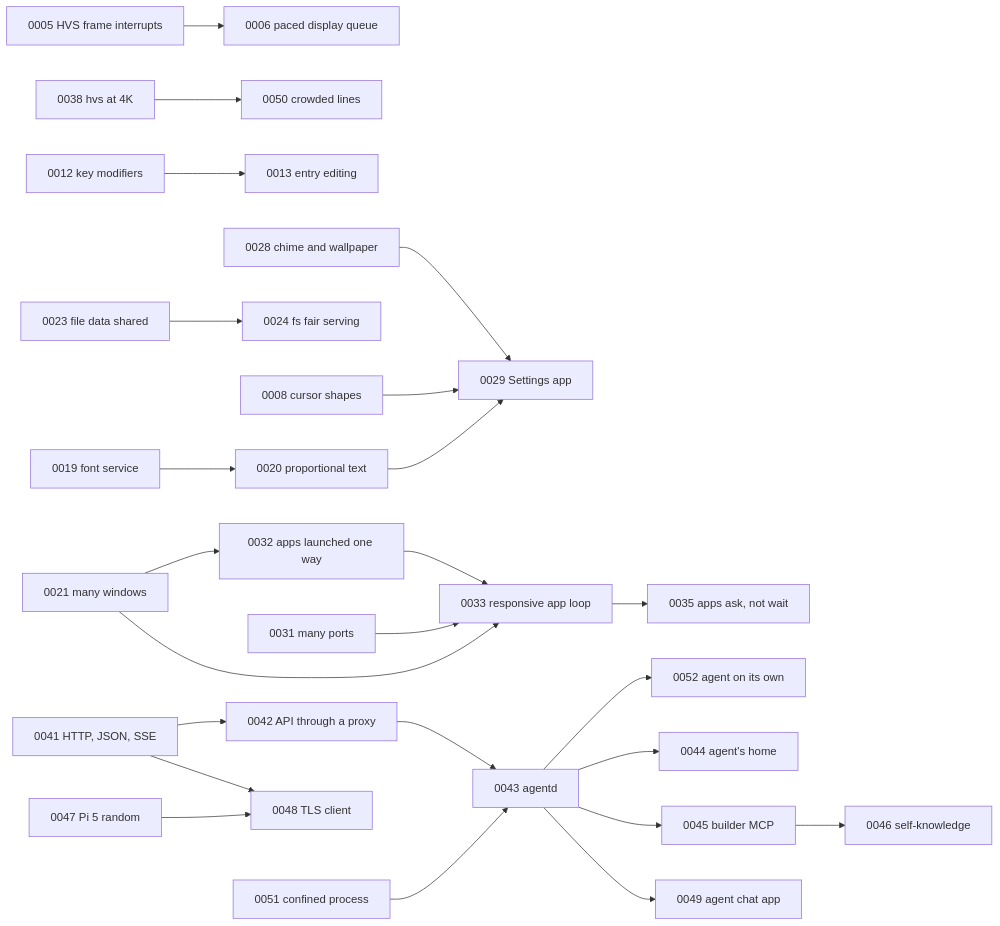
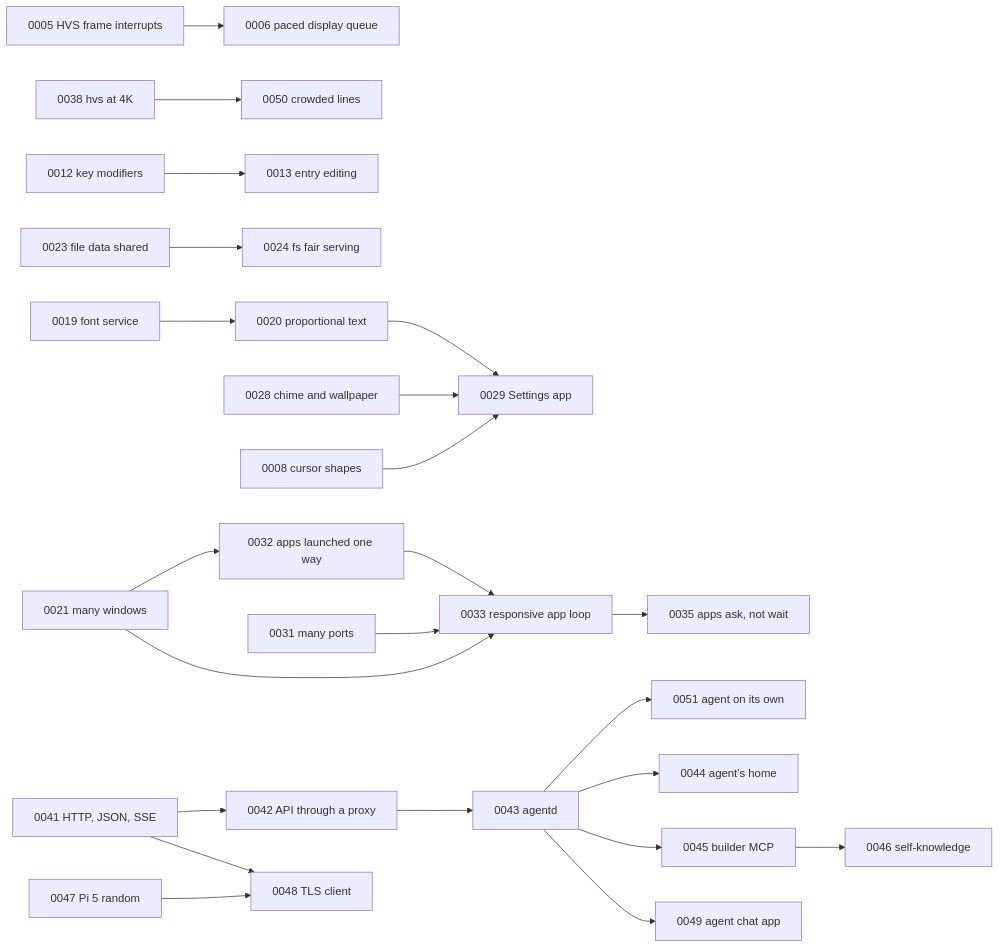
The diagram in roadmap/INDEX.md (misleb/L0S), drawn with Mermaid before and after one commit. The commit also changed other lines of this file and 6 other files, not shown here.

First line of the commit message:
Roadmap: agent track without confinement

````diff
--- a/roadmap/INDEX.md
+++ b/roadmap/INDEX.md
@@ -75,26 +71,25 @@
 ```mermaid
 graph LR
   0005[0005 HVS frame interrupts] --> 0006[0006 paced display queue]
   0038[0038 hvs at 4K] --> 0050[0050 crowded lines]
   0012[0012 key modifiers] --> 0013[0013 entry editing]
   0019[0019 font service] --> 0020[0020 proportional text]
   0023[0023 file data shared] --> 0024[0024 fs fair serving]
   0028[0028 chime and wallpaper] --> 0029[0029 Settings app]
   0008[0008 cursor shapes] --> 0029
   0020 --> 0029
   0021[0021 many windows] --> 0032[0032 apps launched one way]
   0032 --> 0033[0033 responsive app loop]
   0033 --> 0035[0035 apps ask, not wait]
   0031[0031 many ports] --> 0033
   0021 --> 0033
   0041[0041 HTTP, JSON, SSE] --> 0042[0042 API through a proxy]
   0042 --> 0043[0043 agentd]
-  0051[0051 confined process] --> 0043
-  0043 --> 0052[0052 agent on its own]
+  0043 --> 0051[0051 agent on its own]
   0043 --> 0044[0044 agent's home]
   0043 --> 0045[0045 builder MCP]
   0045 --> 0046[0046 self-knowledge]
   0043 --> 0049[0049 agent chat app]
   0041 --> 0048[0048 TLS client]
   0047[0047 Pi 5 random] --> 0048
 ```
````
